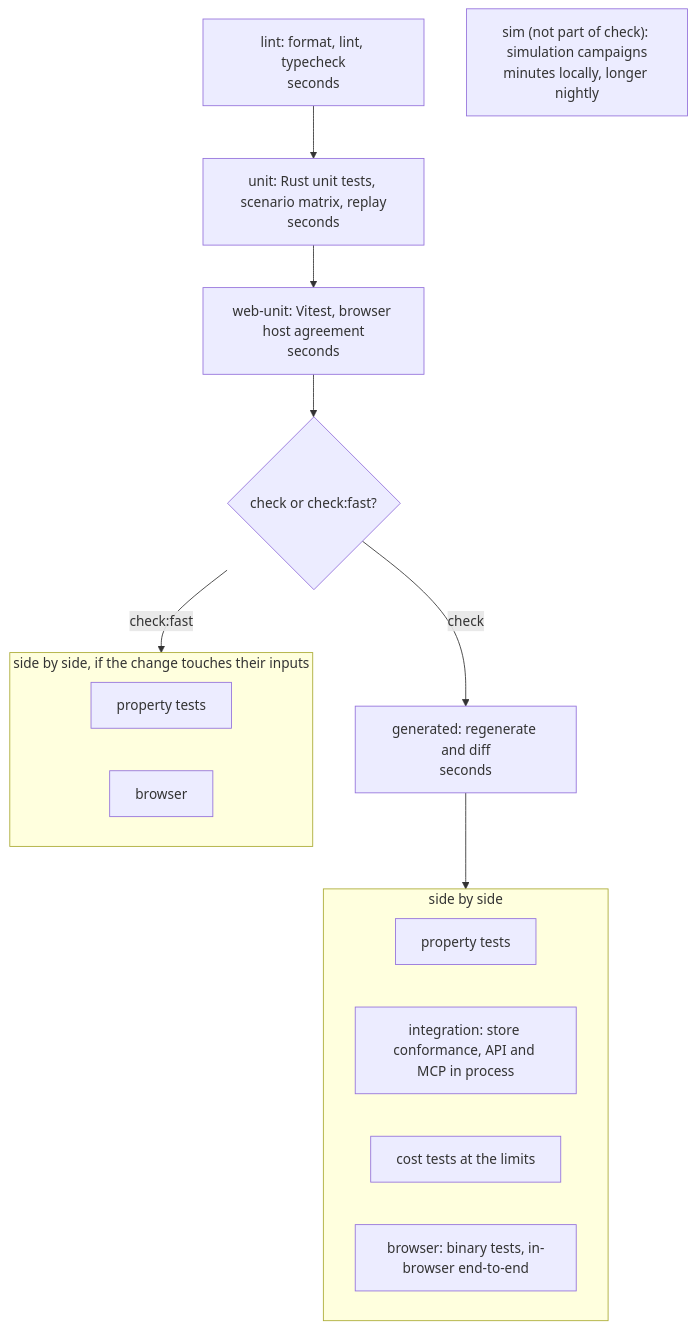
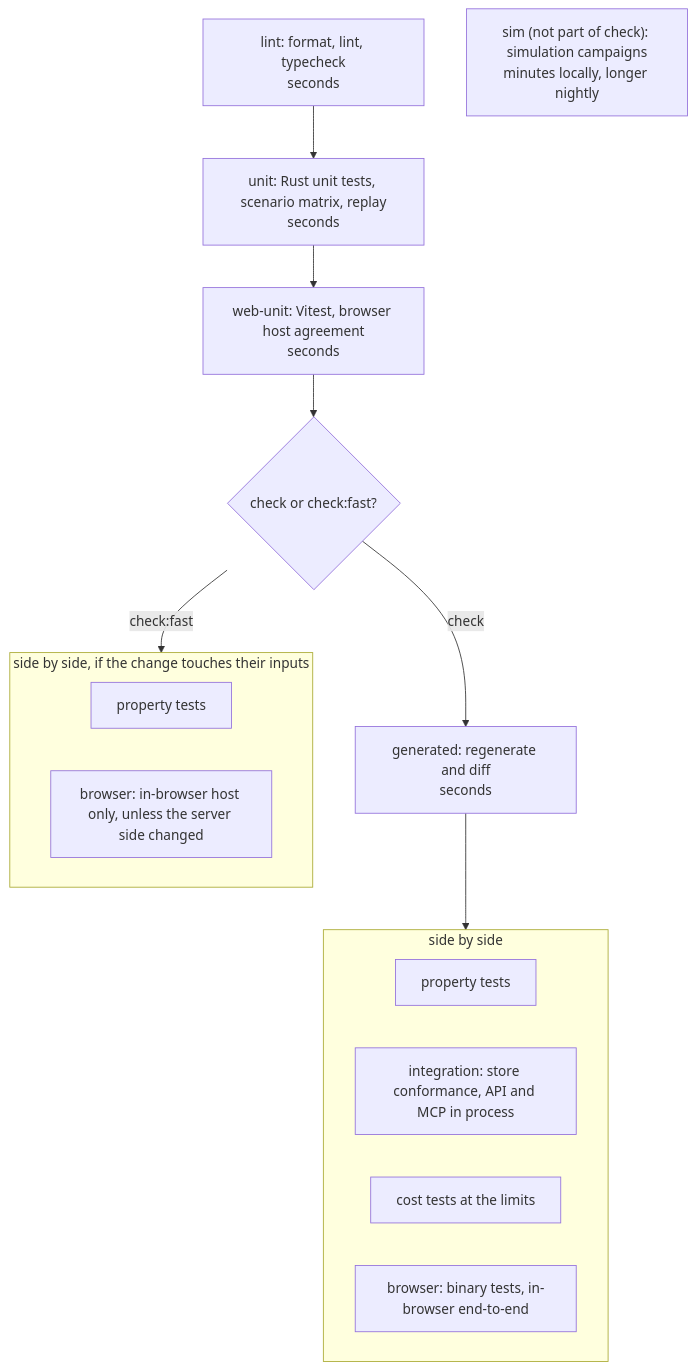
Before and after one commit to JacobHayes/cairn: the diagram in PRACTICES.md, drawn with Mermaid. The commit also changed other lines of this file and 7 other files, not shown here.

````diff
--- a/PRACTICES.md
+++ b/PRACTICES.md
@@ -220,19 +220,19 @@
 ```mermaid
 flowchart TB
     lint["lint: format, lint, typecheck<br/>seconds"] --> unit["unit: Rust unit tests, scenario matrix, replay<br/>seconds"] --> webunit["web-unit: Vitest, browser host agreement<br/>seconds"]
     webunit --> gate{"check or check:fast?"}
     gate -- "check" --> generated["generated: regenerate and diff<br/>seconds"]
     generated --> all
     subgraph all["side by side"]
         property["property tests"]
         integration["integration: store conformance, API and MCP in process"]
         cost["cost tests at the limits"]
         browser["browser: binary tests, in-browser end-to-end"]
     end
     gate -- "check:fast" --> some
     subgraph some["side by side, if the change touches their inputs"]
         property2["property tests"]
-        browser2["browser"]
+        browser2["browser: in-browser host only, unless the server side changed"]
     end
     sim["sim (not part of check): simulation campaigns<br/>minutes locally, longer nightly"]
 ```
````
